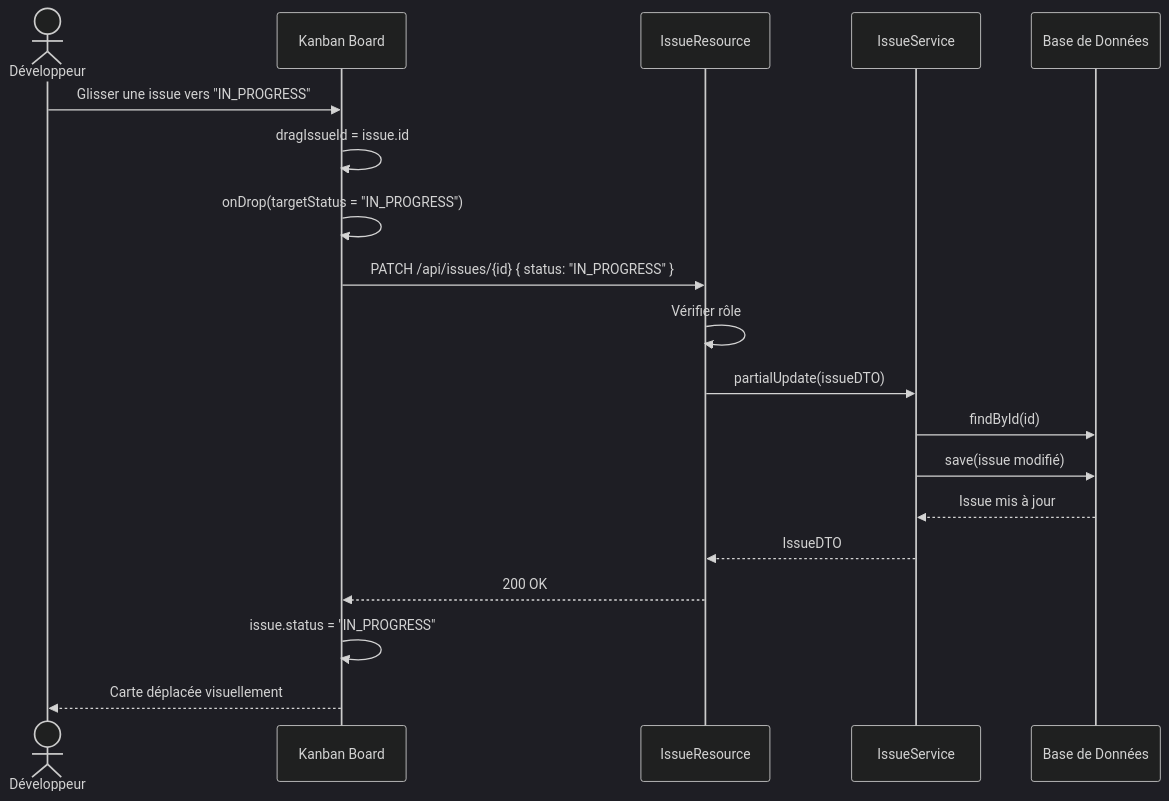
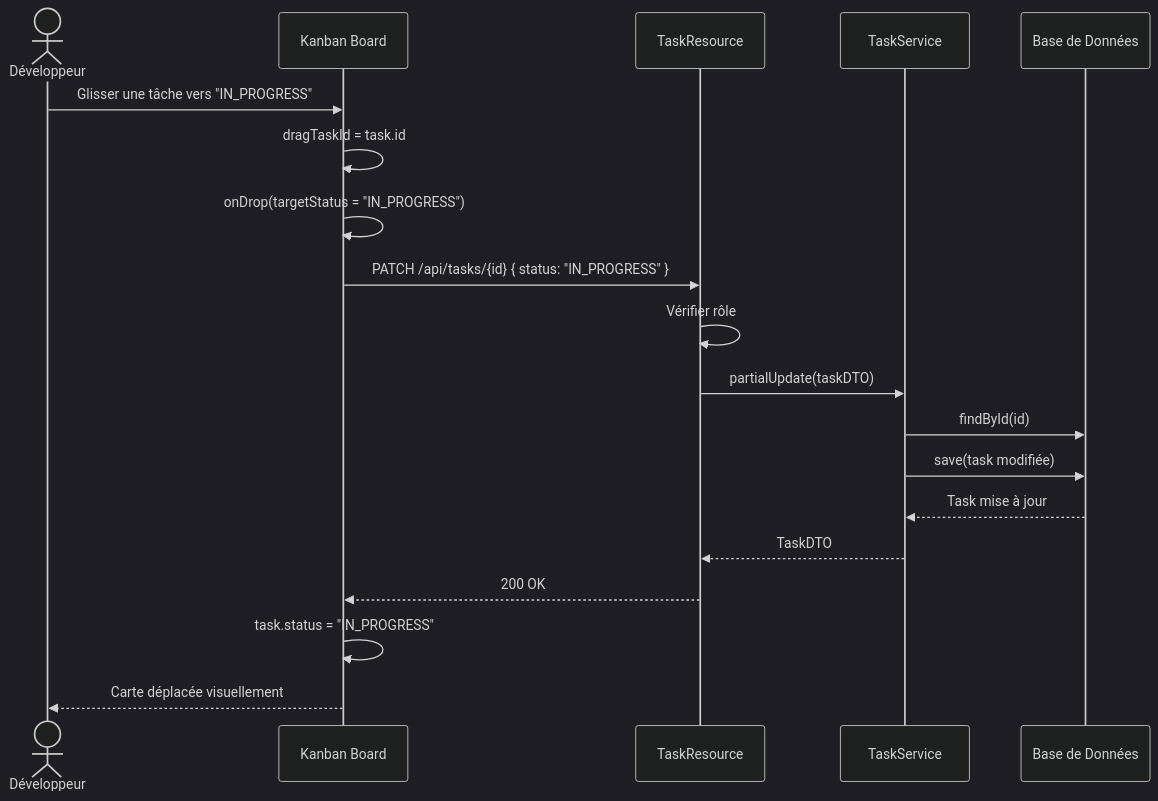
The fifth of 19 diagrams in docs/fiche-classes.md (24231-Brahim/gestion_taches), drawn with Mermaid (dark theme) before and after one commit. The commit also changed other lines of this file and 42 other files, not shown here.

````diff
--- a/docs/fiche-classes.md
+++ b/docs/fiche-classes.md
@@ -289,22 +285,22 @@
 ```mermaid
 sequenceDiagram
     actor DEV as Développeur
     participant Front as Kanban Board
-    participant API as IssueResource
-    participant Service as IssueService
+    participant API as TaskResource
+    participant Service as TaskService
     participant DB as Base de Données
 
-    DEV->>Front: Glisser une issue vers "IN_PROGRESS"
-    Front->>Front: dragIssueId = issue.id
+    DEV->>Front: Glisser une tâche vers "IN_PROGRESS"
+    Front->>Front: dragTaskId = task.id
     Front->>Front: onDrop(targetStatus = "IN_PROGRESS")
-    Front->>API: PATCH /api/issues/{id} { status: "IN_PROGRESS" }
+    Front->>API: PATCH /api/tasks/{id} { status: "IN_PROGRESS" }
     API->>API: Vérifier rôle
-    API->>Service: partialUpdate(issueDTO)
+    API->>Service: partialUpdate(taskDTO)
     Service->>DB: findById(id)
-    Service->>DB: save(issue modifié)
-    DB-->>Service: Issue mis à jour
-    Service-->>API: IssueDTO
+    Service->>DB: save(task modifiée)
+    DB-->>Service: Task mise à jour
+    Service-->>API: TaskDTO
     API-->>Front: 200 OK
-    Front->>Front: issue.status = "IN_PROGRESS"
+    Front->>Front: task.status = "IN_PROGRESS"
     Front-->>DEV: Carte déplacée visuellement
 ```
````
